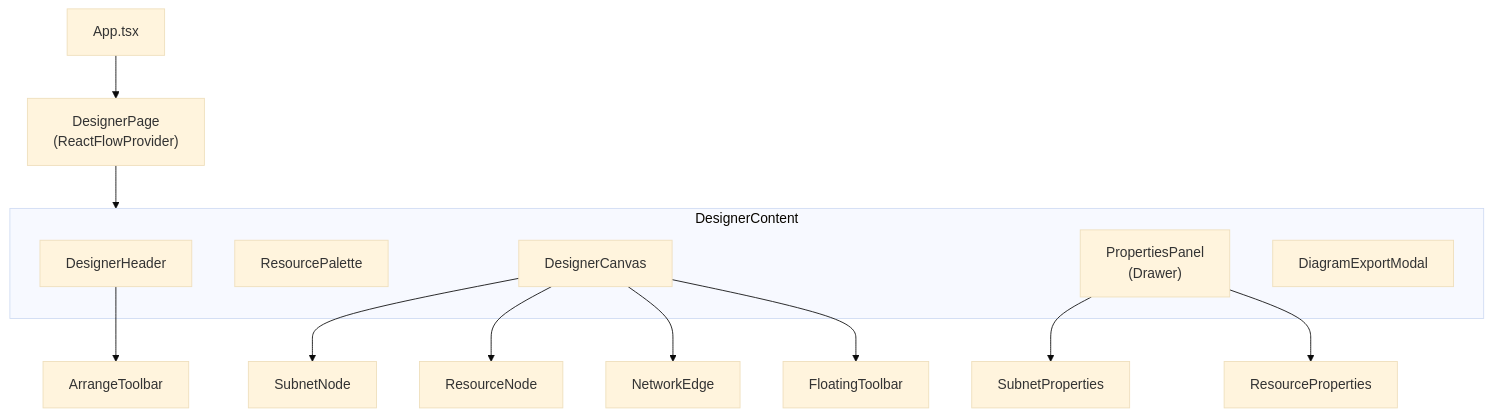
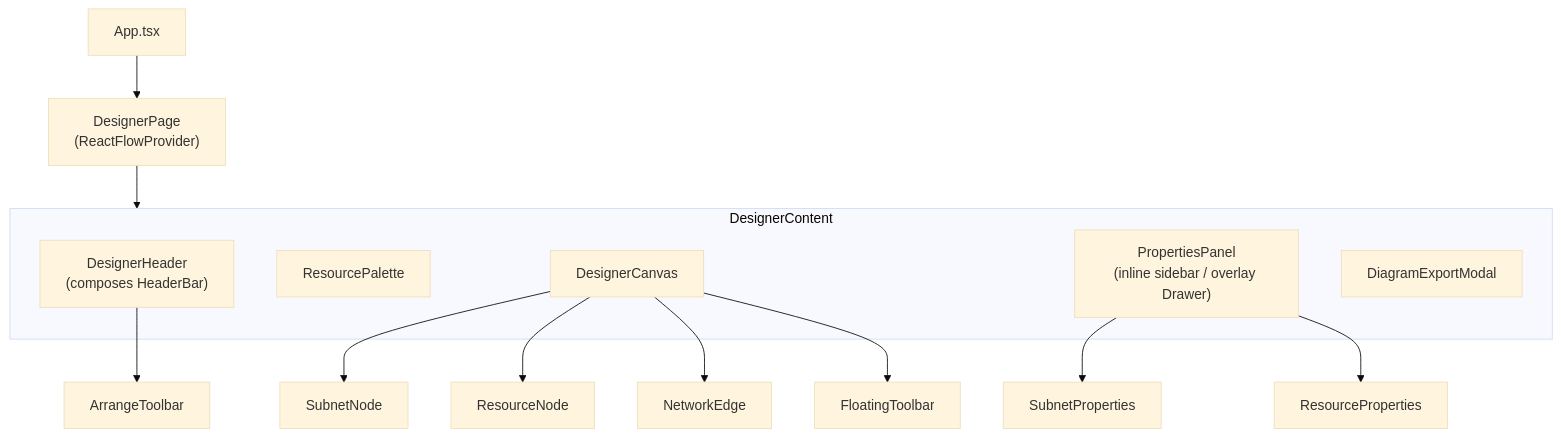
Before and after one commit to russmckendrick/subnet: the fifth of 5 diagrams in docs/architecture.md, drawn with Mermaid (base theme). The commit also changed other lines of this file and 77 other files, not shown here.

````diff
--- a/docs/architecture.md
+++ b/docs/architecture.md
@@ -164,26 +177,26 @@
 ```mermaid
 flowchart TD
     App["App.tsx"]
     DesignerPage["DesignerPage<br/>(ReactFlowProvider)"]
 
     App --> DesignerPage
 
     subgraph DesignerContent["DesignerContent"]
-        DesignerHeader["DesignerHeader"]
+        DesignerHeader["DesignerHeader<br/>(composes HeaderBar)"]
         ResourcePalette["ResourcePalette"]
         DesignerCanvas["DesignerCanvas"]
-        PropertiesPanel["PropertiesPanel<br/>(Drawer)"]
+        PropertiesPanel["PropertiesPanel<br/>(inline sidebar / overlay Drawer)"]
         ExportModal["DiagramExportModal"]
     end
 
     DesignerPage --> DesignerContent
 
     DesignerHeader --> ArrangeToolbar["ArrangeToolbar"]
     DesignerCanvas --> SubnetNode["SubnetNode"]
     DesignerCanvas --> ResourceNode["ResourceNode"]
     DesignerCanvas --> NetworkEdge["NetworkEdge"]
     DesignerCanvas --> FloatingToolbar["FloatingToolbar"]
 
     PropertiesPanel --> SubnetProps["SubnetProperties"]
     PropertiesPanel --> ResourceProps["ResourceProperties"]
 ```
````
